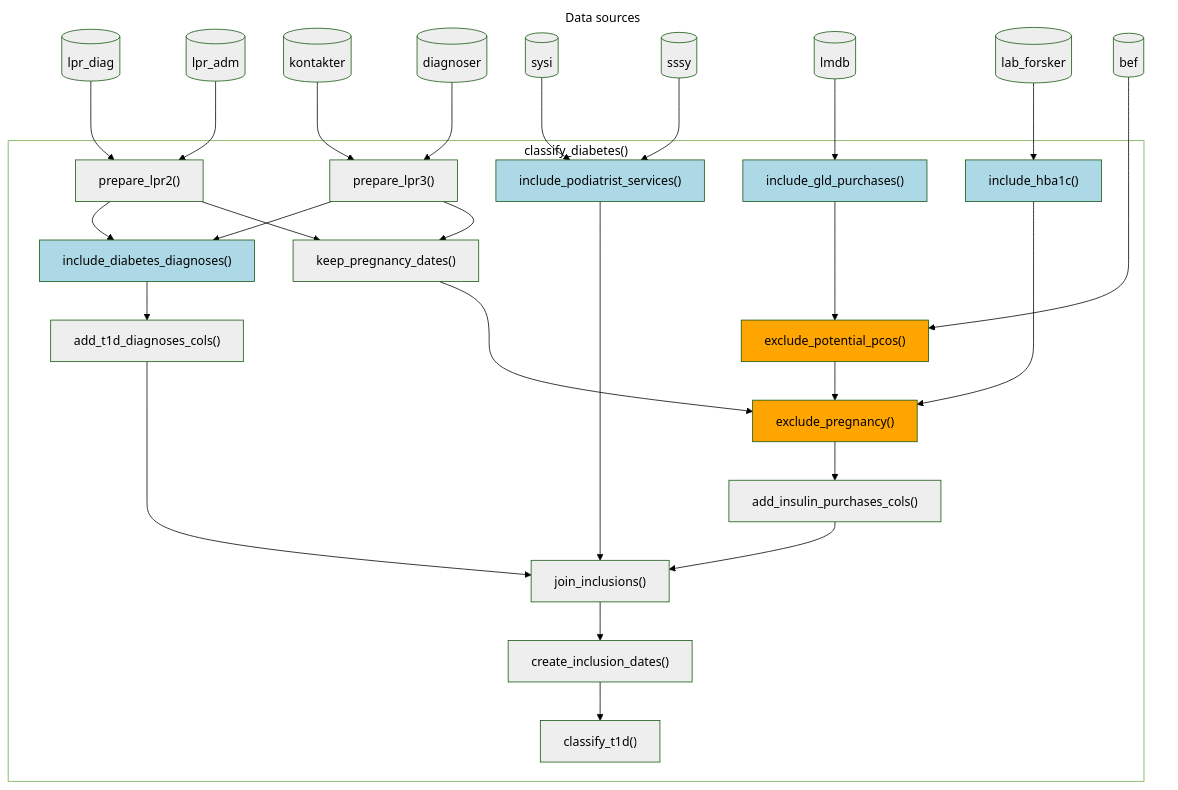
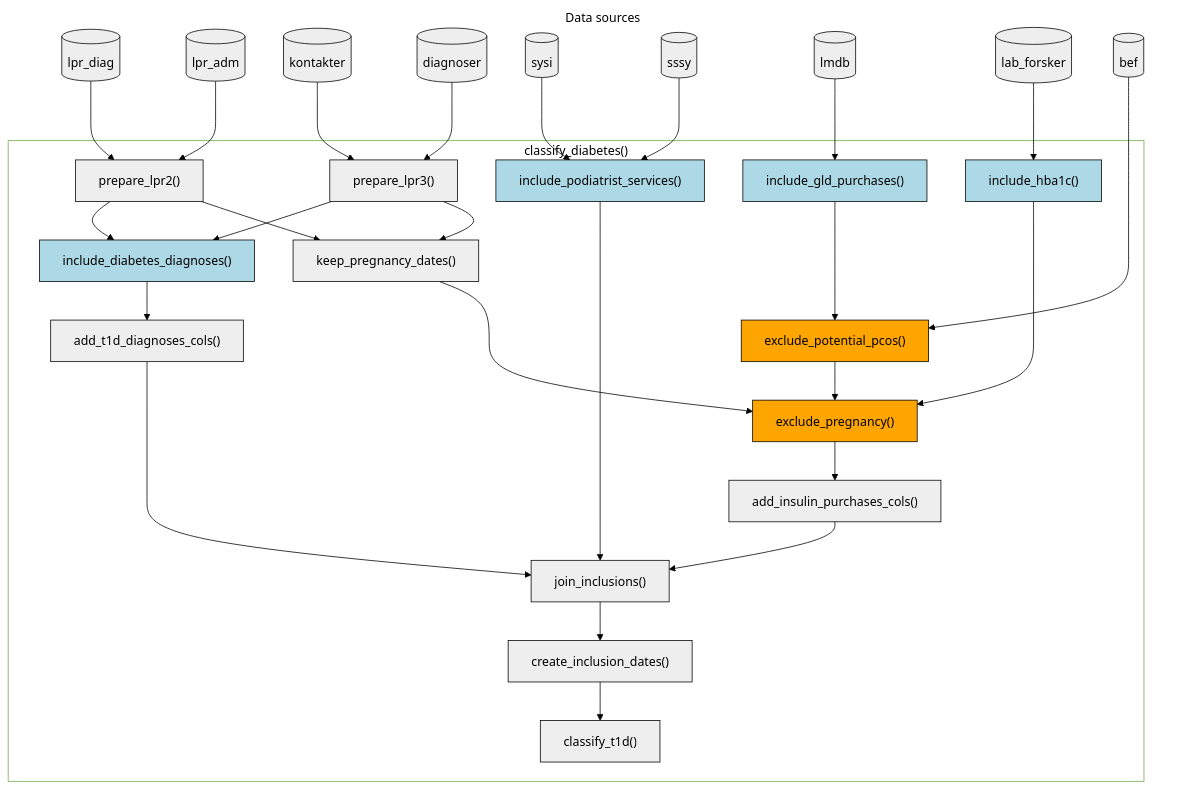
One commit to steno-aarhus/osdc changed the diagram in vignettes/function-flow.qmd. Above: the diagram before and after it, drawn with Mermaid (forest theme).

Commit message:
style: 💄 change edge colour to black in function flow diagram (#349)
## Description

Locally, they are black, but for some reason they turn blue on the
website. So. I've established the `stroke` / edge colour to black
explicitly now.

## Checklist

- [X] Ran `just run-all`

````diff
--- a/vignettes/function-flow.qmd
+++ b/vignettes/function-flow.qmd
@@ -23,68 +23,68 @@
 ```{mermaid}
 %%| eval: true
 %%| fig-cap: "Flow of functions in, as well as their required input registers, in the `classify_diabetes()` function used for classifying diabetes status using the osdc package. Light blue and orange boxes represent filtering functions (inclusion and exclusion events, respectively)."
 
 flowchart TD
   subgraph data_sources["Data sources"]
     lpr_diag[("lpr_diag")]
     lpr_adm[("lpr_adm")]
     kontakter[("kontakter")]
     diagnoser[("diagnoser")]
     sysi[("sysi")]
     sssy[("sssy")]
     lmdb[("lmdb")]
     lab_forsker[("lab_forsker")]
     bef[("bef")]
   end
 
   subgraph classify_diabetes["classify_diabetes()"]
 
     lpr_diag --> prepare_lpr2["prepare_lpr2()"]
     lpr_adm --> prepare_lpr2
 
     kontakter --> prepare_lpr3["prepare_lpr3()"]
     diagnoser --> prepare_lpr3
 
     prepare_lpr2 --> keep_pregnancy_dates["keep_pregnancy_dates()"]
     prepare_lpr3 --> keep_pregnancy_dates
 
     %% Inclusion steps
     sysi --> include_podiatrist_services["include_podiatrist_services()"]:::include
     sssy --> include_podiatrist_services
 
     prepare_lpr2 --> include_diabetes_diagnoses["include_diabetes_diagnoses()"]:::include
     prepare_lpr3 --> include_diabetes_diagnoses
     include_diabetes_diagnoses --> add_t1d_diagnoses_cols["add_t1d_diagnoses_cols()"]
 
     lmdb --> include_gld_purchases["include_gld_purchases()"]:::include
 
     lab_forsker --> include_hba1c["include_hba1c()"]:::include
 
     %% Exclusion steps
     include_gld_purchases --> exclude_potential_pcos["exclude_potential_pcos()"]:::exclude
     bef --> exclude_potential_pcos
 
     exclude_potential_pcos --> exclude_pregnancy["exclude_pregnancy()"]:::exclude
     keep_pregnancy_dates --> exclude_pregnancy
     include_hba1c --> exclude_pregnancy
     exclude_pregnancy --> add_insulin_purchases_cols["add_insulin_purchases_cols()"]
 
     %% Joining
     add_t1d_diagnoses_cols --> join_inclusions["join_inclusions()"]
     include_podiatrist_services --> join_inclusions
     add_insulin_purchases_cols --> join_inclusions
 
     join_inclusions --> create_inclusion_dates["create_inclusion_dates()"]
     create_inclusion_dates --> classify_t1d["classify_t1d()"]
 
     keep_pregnancy_dates ~~~ exclude_potential_pcos
 
   end
 
   %% Styling
-  classDef default fill:#EEEEEE,color:#000000
+  classDef default fill:#EEEEEE, color:#000000, stroke:#000000
   classDef include fill:lightblue
   classDef exclude fill:orange
-  style classify_diabetes fill:#FFFFFF,color:#000000
-  style data_sources fill:#FFFFFF,color:#000000,stroke-width:0px
+  style classify_diabetes fill:#FFFFFF, color:#000000
+  style data_sources fill:#FFFFFF, color:#000000, stroke-width:0px
 ```
````
